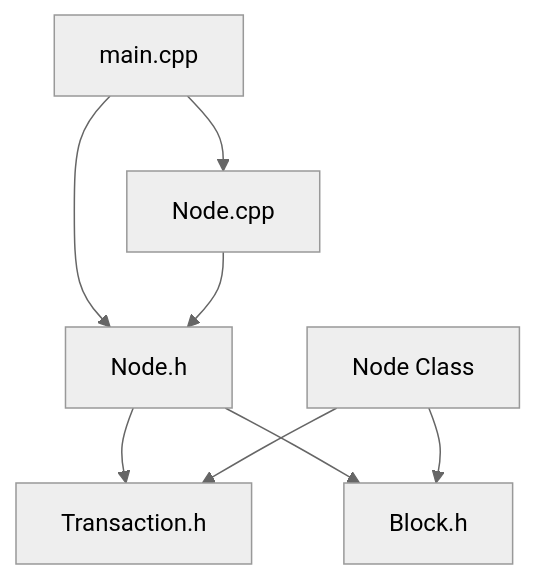
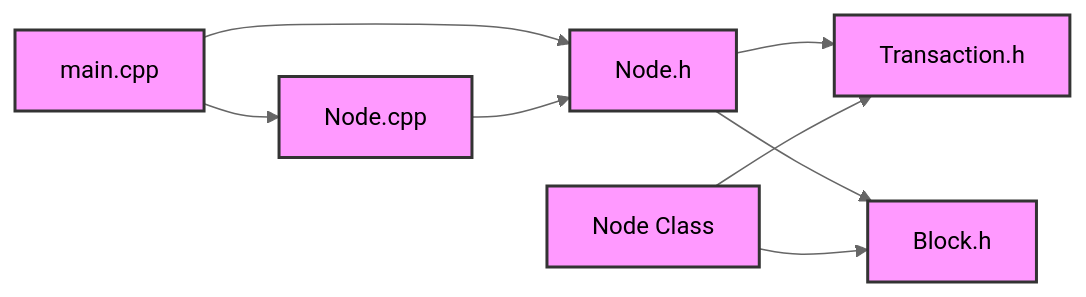
One commit to floor-licker/B-wbsft changed the diagram in README.md. Above: the diagram before and after it, drawn with Mermaid (neutral theme). The commit also changed other lines of this file, not shown here.

````diff
--- a/README.md
+++ b/README.md
@@ -15,12 +14,16 @@
 ```mermaid
-graph TD
+graph LR
     A["main.cpp"] --> B["Node.h"]
     A["main.cpp"] --> C["Node.cpp"]
     B["Node.h"] --> D["Transaction.h"]
     B["Node.h"] --> E["Block.h"]
     C["Node.cpp"] --> B["Node.h"]
     
     %% Class Relationships
     F["Node Class"] --> D["Transaction.h"]
     F["Node Class"] --> E["Block.h"]
+    
+    %% Custom Styles
+    classDef fileNode fill:#f9f,stroke:#333,stroke-width:2px;
+    class A,B,C,D,E,F fileNode;
 ```
````
